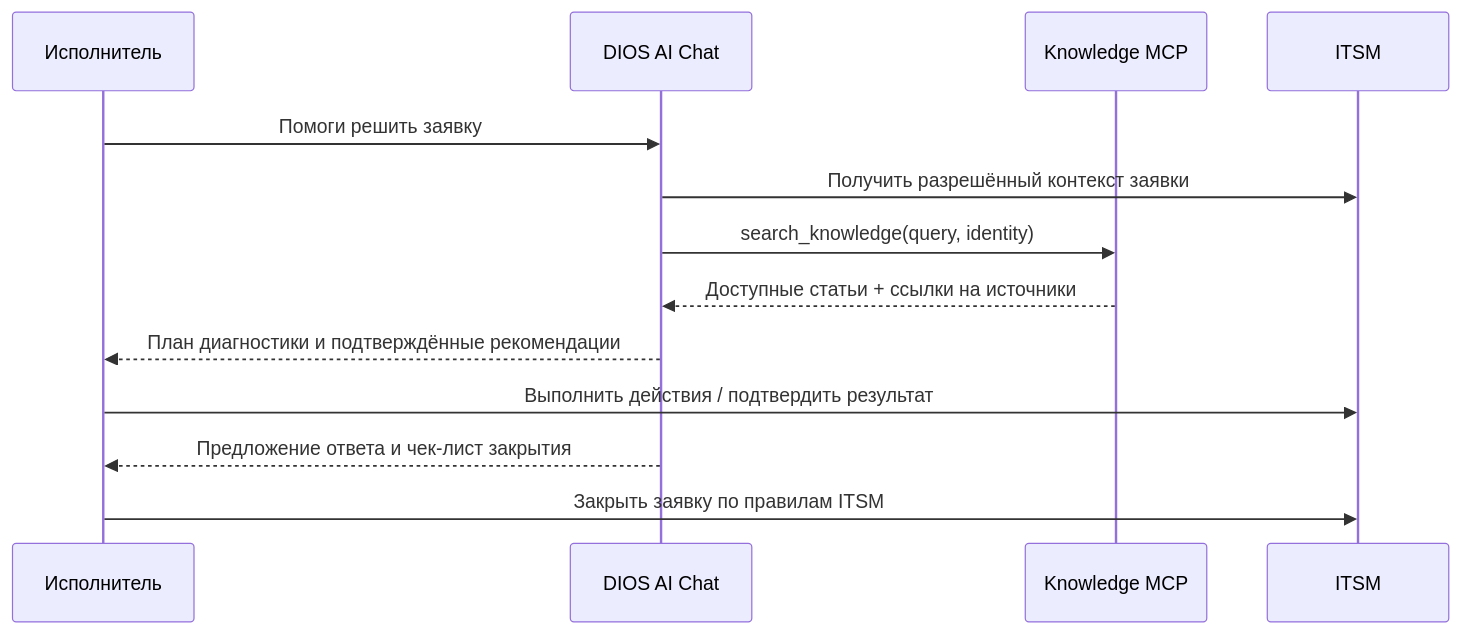
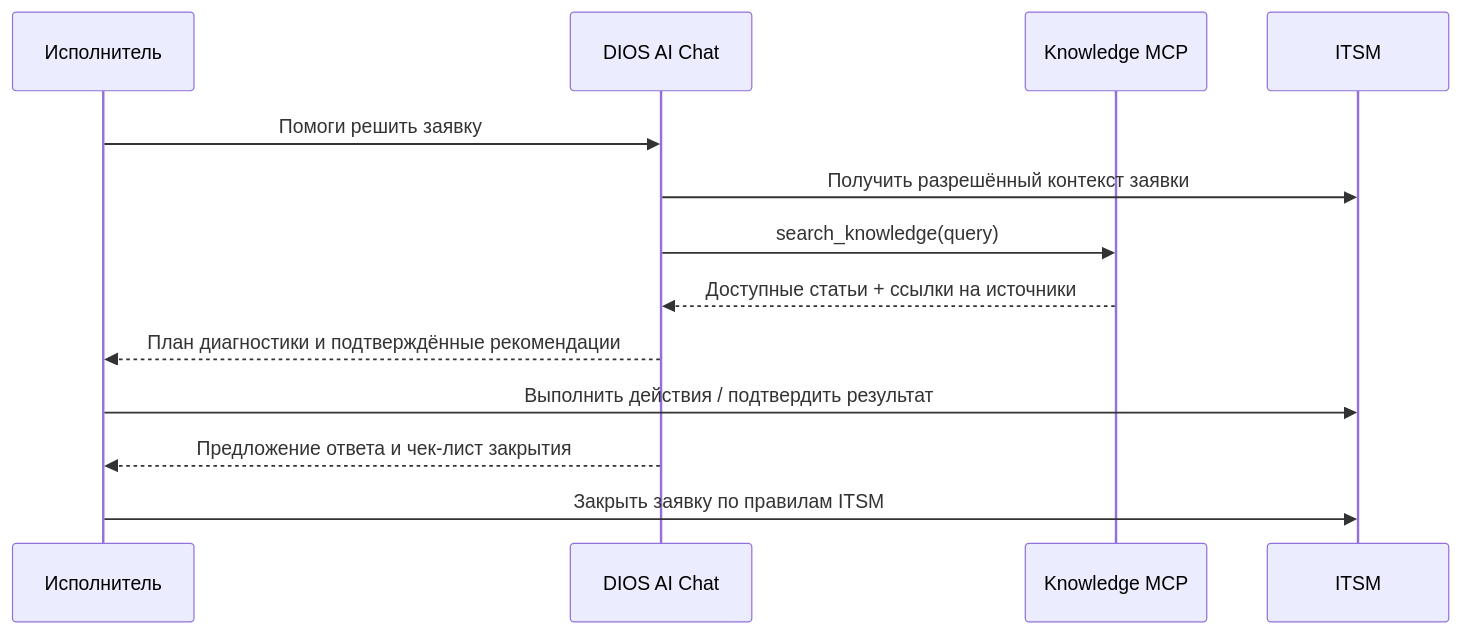
One commit to Andr171p/dio.kb changed the second of 2 diagrams in kb.back/docs/product/vision.md. Above: the diagram before and after it, drawn with Mermaid. The commit also changed other lines of this file and 19 other files, not shown here.

````diff
--- a/kb.back/docs/product/vision.md
+++ b/kb.back/docs/product/vision.md
@@ -124,15 +124,15 @@
 ```mermaid
 sequenceDiagram
     participant U as Исполнитель
     participant C as DIOS AI Chat
     participant K as Knowledge MCP
     participant I as ITSM
     U->>C: Помоги решить заявку
     C->>I: Получить разрешённый контекст заявки
-    C->>K: search_knowledge(query, identity)
+    C->>K: search_knowledge(query)
     K-->>C: Доступные статьи + ссылки на источники
     C-->>U: План диагностики и подтверждённые рекомендации
     U->>I: Выполнить действия / подтвердить результат
     C-->>U: Предложение ответа и чек-лист закрытия
     U->>I: Закрыть заявку по правилам ITSM
 ```
````
